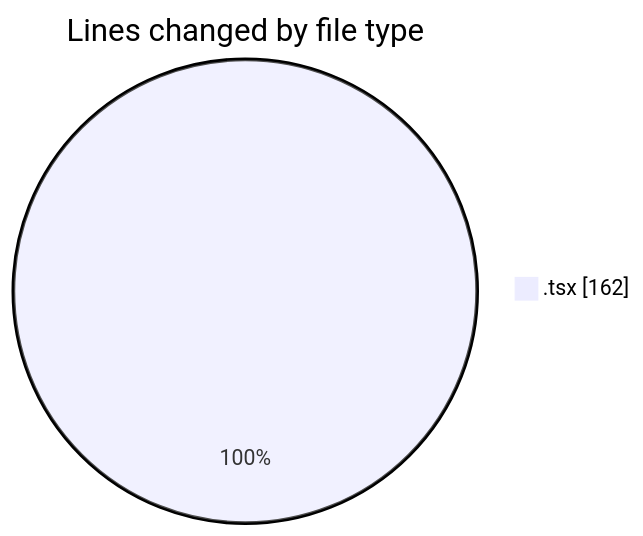
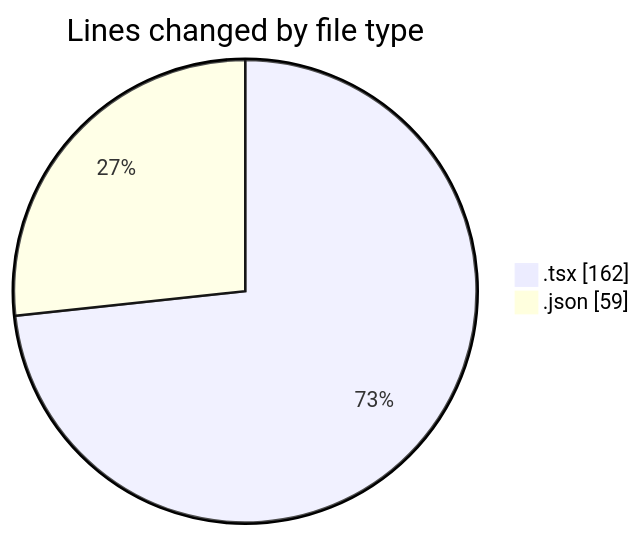
The first of 2 diagrams in 2025-02-09/cda/README.md (momahboobian/code-tracking), drawn with Mermaid before and after one commit. The commit also changed other lines of this file and 1 other file, not shown here.

````diff
--- a/2025-02-09/cda/README.md
+++ b/2025-02-09/cda/README.md
@@ -22,5 +23,6 @@
 ```mermaid
 pie showData
 title Lines changed by file type
 ".tsx" : 162
+".json" : 59
 ```
````
